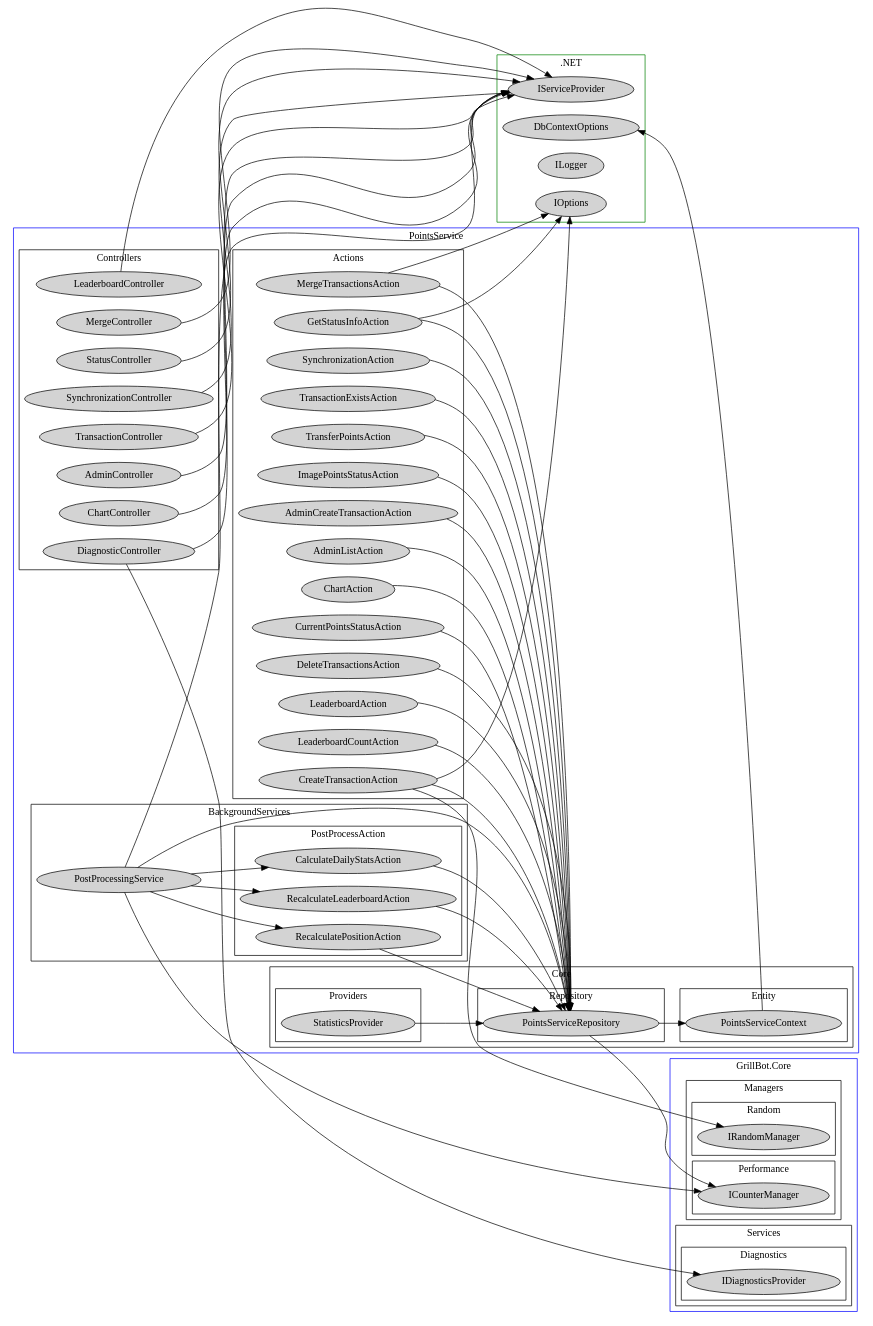
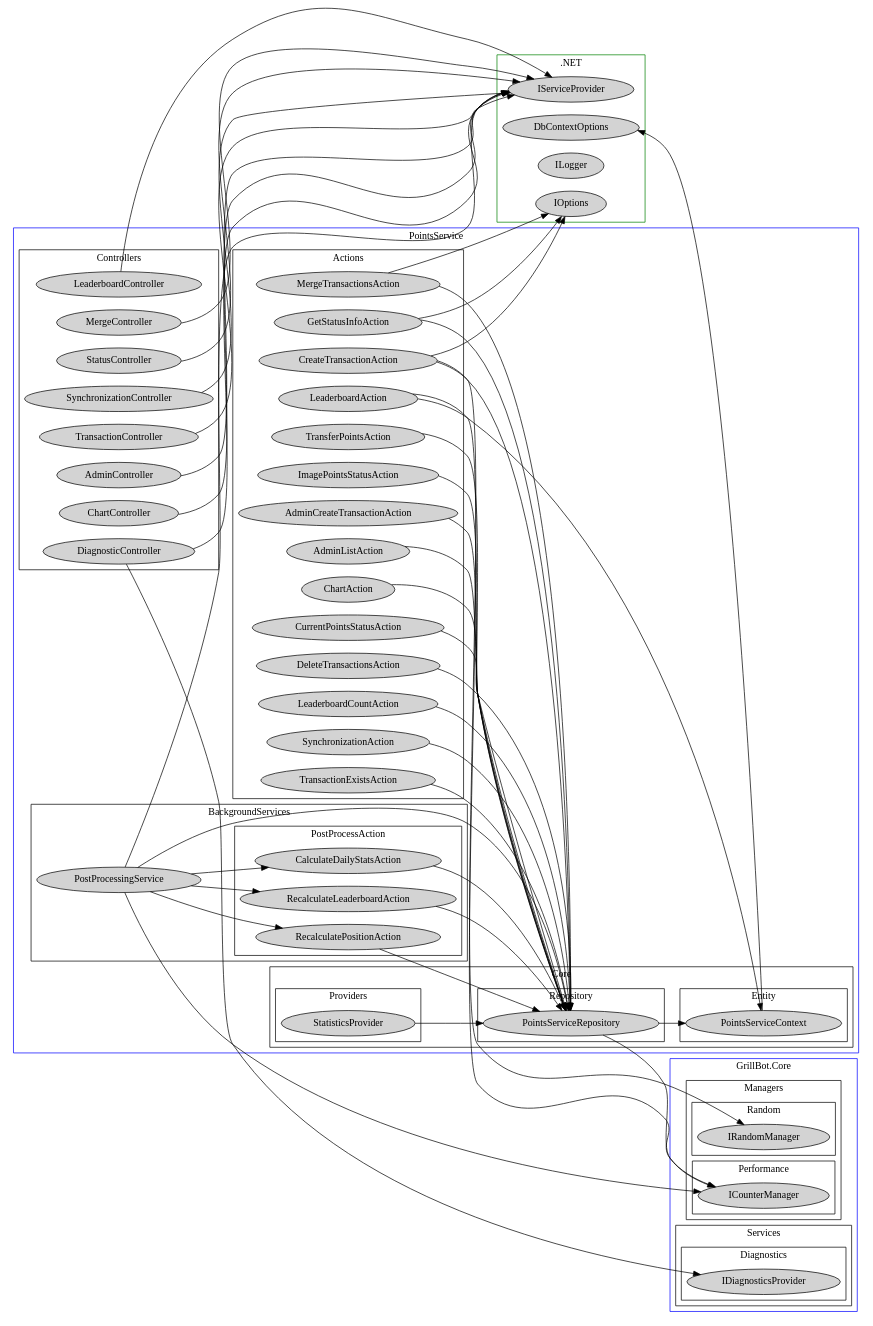
The diagram in data/di-graph-points.dot (GrillBot/grillbot-docs), drawn with Graphviz before and after one commit. The commit also changed 2 other files, not shown here.

```diff
--- a/data/di-graph-points.dot
+++ b/data/di-graph-points.dot
@@ -1,176 +1,176 @@
 digraph PointsService {
     rankdir=LR
 	
 	subgraph cluster_0 {
 		node [style=filled];
 		label = "PointsService";
 		color=blue
 		
         subgraph cluster_3_1 {
             node [style=filled];
             label="Actions";
             color=black;
             
             AdminCreateTransactionAction
             AdminListAction
             ChartAction
             CreateTransactionAction
             CurrentPointsStatusAction
             DeleteTransactionsAction
             LeaderboardAction
             MergeTransactionsAction
             SynchronizationAction
             TransactionExistsAction
             TransferPointsAction
             ImagePointsStatusAction
             LeaderboardCountAction
             GetStatusInfoAction
         }
         
         subgraph cluster_3_2 {
             node [style=filled];
             label="BackgroundServices";
             color=black;
             
             subgraph cluster_3_2_1 {
                 node [style=filled];
                 label="PostProcessAction";
                 color=black;
                 
                 CalculateDailyStatsAction
                 RecalculateLeaderboardAction
                 RecalculatePositionAction
             }
             
             PostProcessingService
         }
         
         subgraph cluster_3_3 {
             node [style=filled];
             label="Controllers";
             color=black;
             
             AdminController
             ChartController
             DiagnosticController
             LeaderboardController
             MergeController
             StatusController
             SynchronizationController
             TransactionController
         }
         
         subgraph cluster_3_4 {
             node [style=filled];
             label="Core"
             color=black
             
             subgraph cluster_3_4_1 {
                 node [style=filled];
                 label="Entity"
                 color=black;
                 
                 PointsServiceContext
             }
             
             subgraph cluster_3_4_2 {
                 node [style=filled];
                 label="Providers"
                 color=black;
                 
                 StatisticsProvider
             }
             
             subgraph cluster_3_4_3 {
                 node [style=filled];
                 label="Repository"
                 color=black
                 
                 PointsServiceRepository
             }
         }
 	}
 	
 	subgraph cluster_4 {
 	    node [style=filled];
 	    label = "GrillBot.Core";
 	    color=blue
 	    
 	    subgraph cluster_4_1 {
 	        node [style=filled];
             label="Managers";
             color=black;
             
             subgraph cluster_4_1_2 {
 	            node [style=filled];
                 label="Performance";
                 color=black;
                 
                 ICounterManager
 	        }
 	        
 	        subgraph cluster_4_1_3 {
 	            node [style=filled];
                 label="Random";
                 color=black;
                 
                 IRandomManager
 	        }
 	    }
 	    
 	    subgraph cluster_4_2 {
 	        node [style=filled];
             label="Services";
             color=black;
 	        
 	        subgraph cluster_4_3 {
 	            node [style=filled];
                 label="Diagnostics";
                 color=black;
 	            
 	            IDiagnosticsProvider
 	        }
 	    }
 	}
 	
 	subgraph cluster_100 {
 	    node[style=filled];
 	    label = ".NET"
 	    color=green
 	    
 	    IServiceProvider
 	    DbContextOptions
 	    ILogger
 	    IOptions
 	}
 	
 	AdminCreateTransactionAction -> { PointsServiceRepository }
 	AdminListAction -> { PointsServiceRepository }
 	ChartAction -> { PointsServiceRepository }
 	CreateTransactionAction -> { PointsServiceRepository IOptions IRandomManager }
 	CurrentPointsStatusAction -> { PointsServiceRepository }
 	DeleteTransactionsAction -> { PointsServiceRepository }
-	LeaderboardAction -> { PointsServiceRepository }
+	LeaderboardAction -> { PointsServiceContext ICounterManager }
 	MergeTransactionsAction -> { PointsServiceRepository IOptions }
 	SynchronizationAction -> { PointsServiceRepository }
 	TransactionExistsAction -> { PointsServiceRepository }
 	TransferPointsAction -> { PointsServiceRepository }
 	AdminController -> { IServiceProvider }
 	ChartController -> { IServiceProvider }
 	DiagnosticController -> { IDiagnosticsProvider IServiceProvider }
 	LeaderboardController -> { IServiceProvider }
 	MergeController -> { IServiceProvider }
 	StatusController -> { IServiceProvider }
 	SynchronizationController -> { IServiceProvider }
 	TransactionController -> { IServiceProvider }
 	PointsServiceContext -> { DbContextOptions }
 	StatisticsProvider -> { PointsServiceRepository }
 	PointsServiceRepository -> { PointsServiceContext ICounterManager }
 	ImagePointsStatusAction -> { PointsServiceRepository }
 	LeaderboardCountAction -> { PointsServiceRepository }
 	CalculateDailyStatsAction -> { PointsServiceRepository }
 	RecalculateLeaderboardAction -> { PointsServiceRepository }
 	RecalculatePositionAction -> { PointsServiceRepository }
 	PostProcessingService -> { IServiceProvider ICounterManager PointsServiceRepository CalculateDailyStatsAction RecalculateLeaderboardAction RecalculatePositionAction }
 	GetStatusInfoAction -> { PointsServiceRepository IOptions }
 }
```
